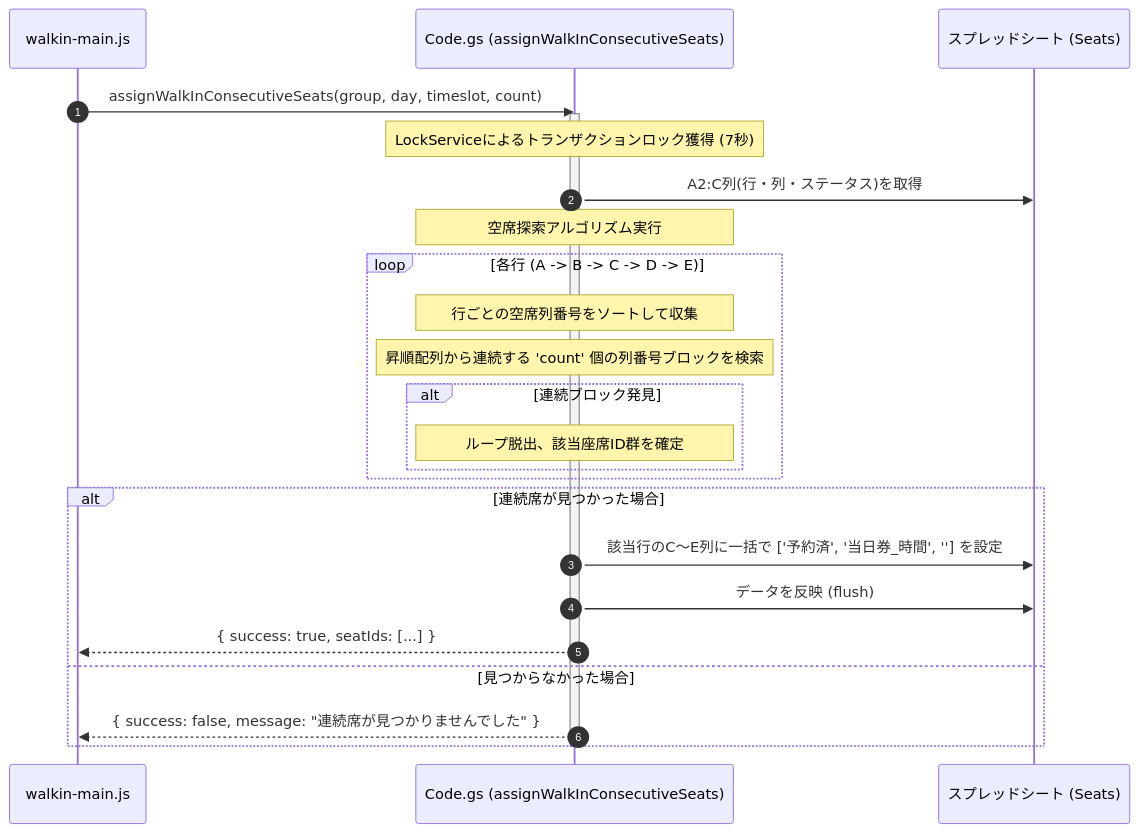
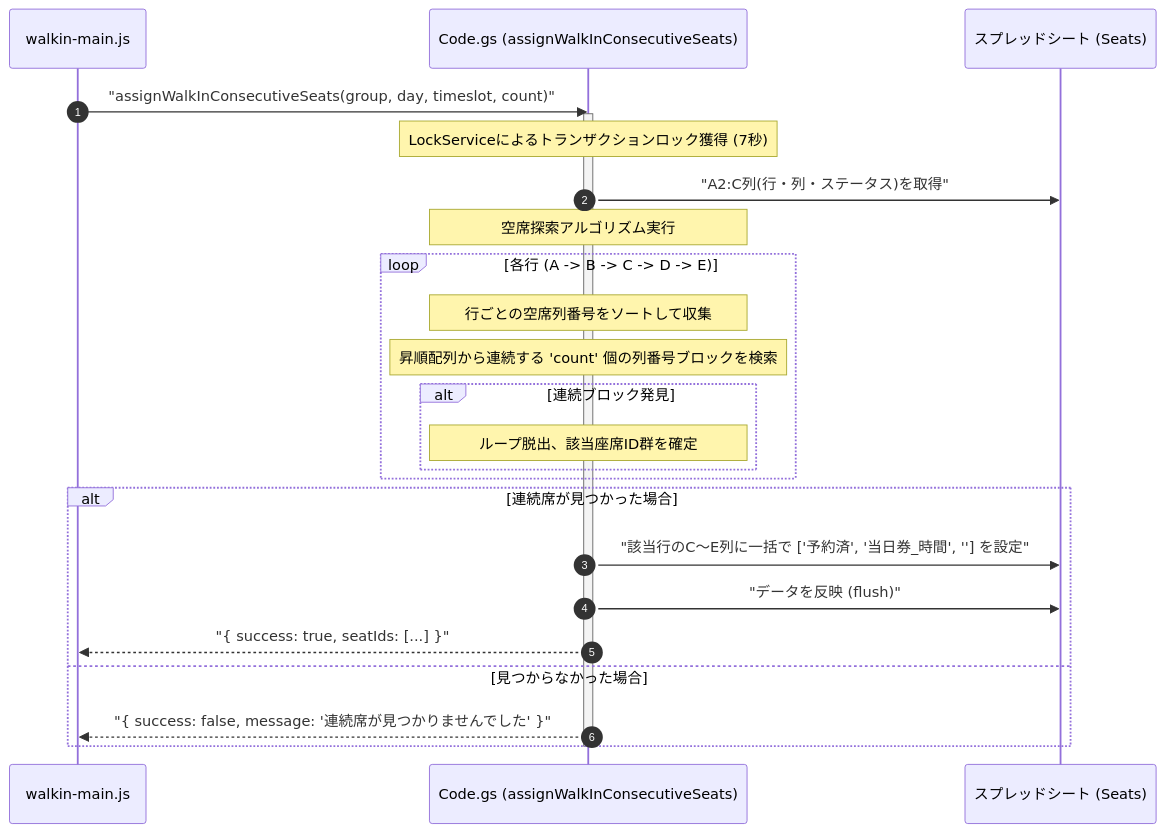
Before and after one commit to J105588/tickets: the third of 6 diagrams in README.md, drawn with Mermaid. The commit also changed other lines of this file, not shown here.

````diff
--- a/README.md
+++ b/README.md
@@ -257,30 +257,30 @@
 ```mermaid
 sequenceDiagram
     autonumber
     participant FE as walkin-main.js
     participant GAS as Code.gs (assignWalkInConsecutiveSeats)
     participant Sheet as スプレッドシート (Seats)
     
-    FE->>GAS: assignWalkInConsecutiveSeats(group, day, timeslot, count)
+    FE->>GAS: "assignWalkInConsecutiveSeats(group, day, timeslot, count)"
     activate GAS
     Note over GAS: LockServiceによるトランザクションロック獲得 (7秒)
-    GAS->>Sheet: A2:C列(行・列・ステータス)を取得
+    GAS->>Sheet: "A2:C列(行・列・ステータス)を取得"
     Note over GAS: 空席探索アルゴリズム実行
     
     loop 各行 (A -> B -> C -> D -> E)
         Note over GAS: 行ごとの空席列番号をソートして収集
         Note over GAS: 昇順配列から連続する 'count' 個の列番号ブロックを検索
         alt 連続ブロック発見
             Note over GAS: ループ脱出、該当座席ID群を確定
         end
     end
     
     alt 連続席が見つかった場合
-        GAS->>Sheet: 該当行のC〜E列に一括で ['予約済', '当日券_時間', ''] を設定
-        GAS->>Sheet: データを反映 (flush)
-        GAS-->>FE: { success: true, seatIds: [...] }
+        GAS->>Sheet: "該当行のC〜E列に一括で ['予約済', '当日券_時間', ''] を設定"
+        GAS->>Sheet: "データを反映 (flush)"
+        GAS-->>FE: "{ success: true, seatIds: [...] }"
     else 見つからなかった場合
-        GAS-->>FE: { success: false, message: "連続席が見つかりませんでした" }
+        GAS-->>FE: "{ success: false, message: '連続席が見つかりませんでした' }"
     end
     deactivate GAS
 ```
````
